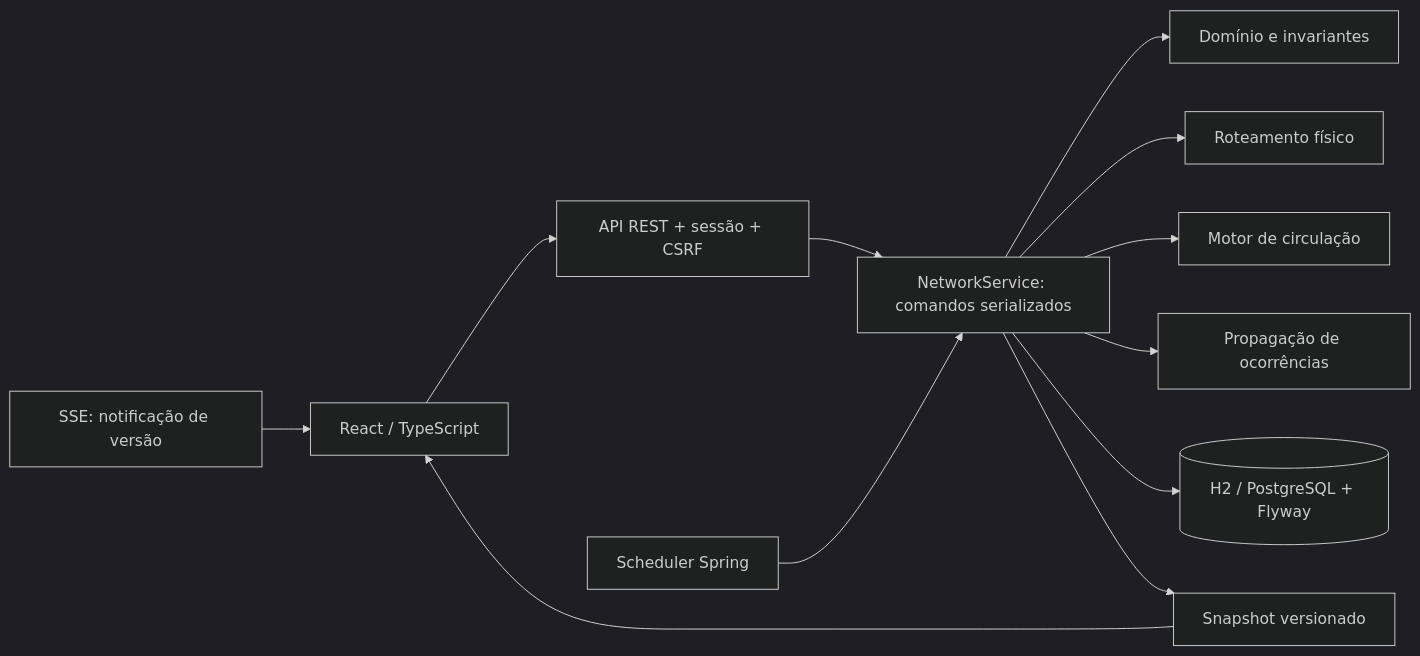
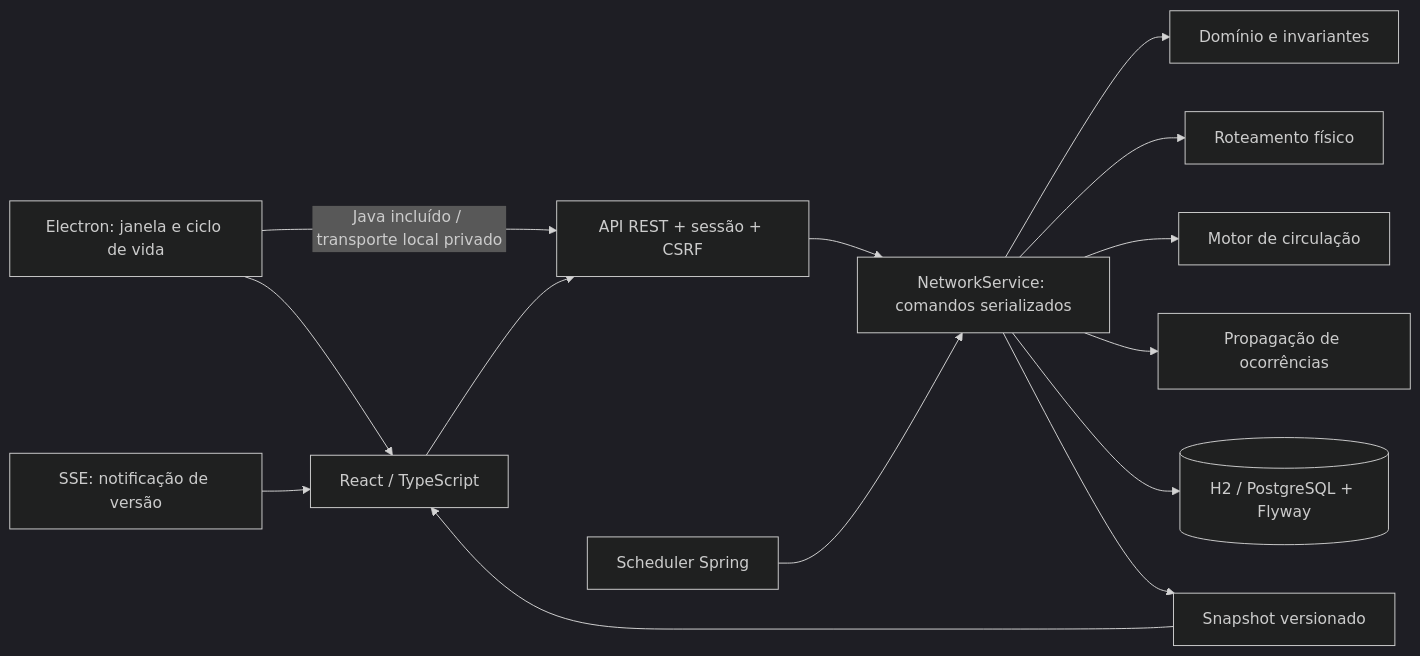
One commit to 0tavio-Pires/Projeto_Back-End changed the diagram in README.md. Above: the diagram before and after it, drawn with Mermaid (dark theme). The commit also changed other lines of this file and 25 other files, not shown here.

````diff
--- a/README.md
+++ b/README.md
@@ -217,14 +274,16 @@
 ```mermaid
 flowchart LR
+    DESKTOP[Electron: janela e ciclo de vida] --> GUI
+    DESKTOP -->|Java incluído / transporte local privado| API
     GUI[React / TypeScript] --> API[API REST + sessão + CSRF]
     API --> APP[NetworkService: comandos serializados]
     CLOCK[Scheduler Spring] --> APP
     APP --> MODEL[Domínio e invariantes]
     APP --> ROUTE[Roteamento físico]
     APP --> SIM[Motor de circulação]
     APP --> ALERT[Propagação de ocorrências]
     APP --> DB[(H2 / PostgreSQL + Flyway)]
     APP --> SNAP[Snapshot versionado]
     SNAP --> GUI
     SSE[SSE: notificação de versão] --> GUI
 ```
````
